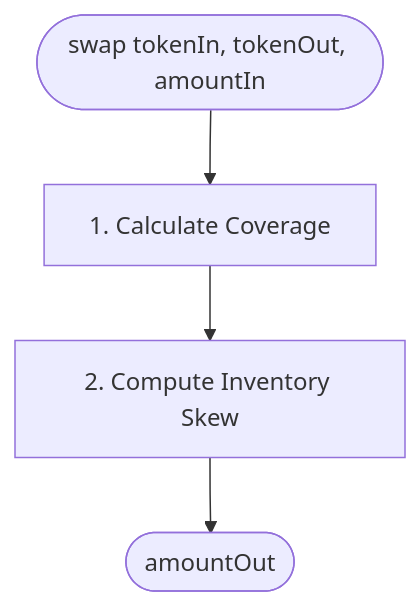
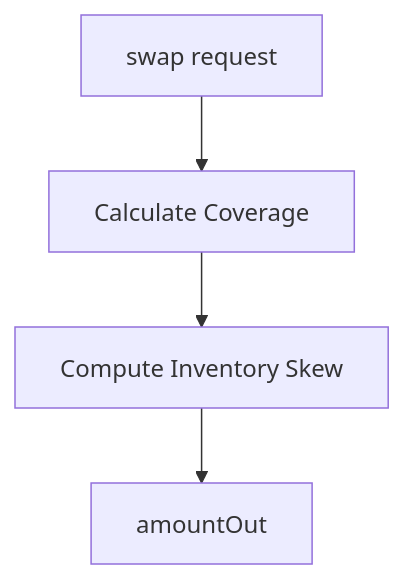
The third of 3 diagrams in docs/6. Contributing/DOCUMENTATION.md (btr-protocol/dex), drawn with Mermaid before and after one commit. The commit also changed other lines of this file and 27 other files, not shown here.

````diff
--- a/docs/6. Contributing/DOCUMENTATION.md
+++ b/docs/6. Contributing/DOCUMENTATION.md
@@ -243,7 +274,6 @@
 ```mermaid
 graph TB
-    Start([swap tokenIn, tokenOut, amountIn]) --> Step1
-    Step1[1. Calculate Coverage] --> Step2
-    Step2[2. Compute Inventory Skew] --> End
-    End([amountOut])
+    Start[swap request] --> Step1[Calculate Coverage]
+    Step1 --> Step2[Compute Inventory Skew]
+    Step2 --> End[amountOut]
 ```
````
